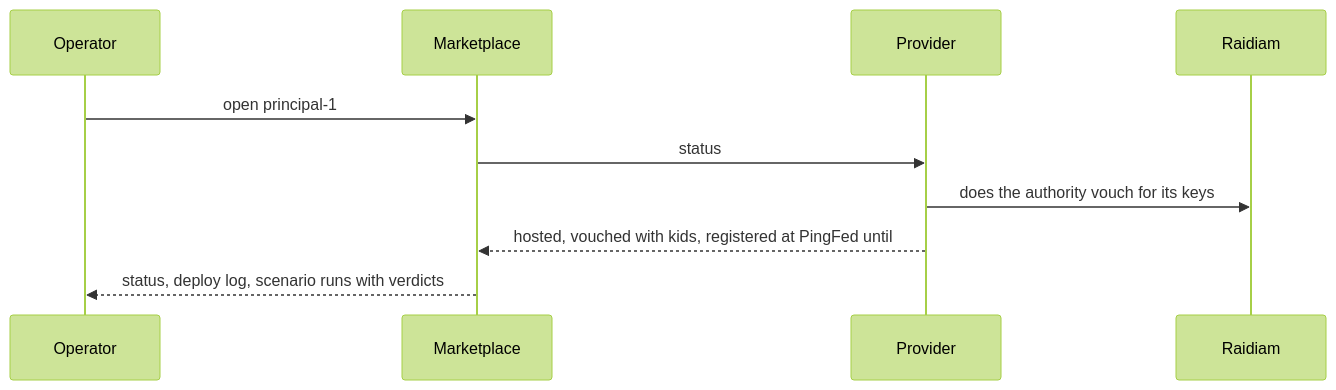
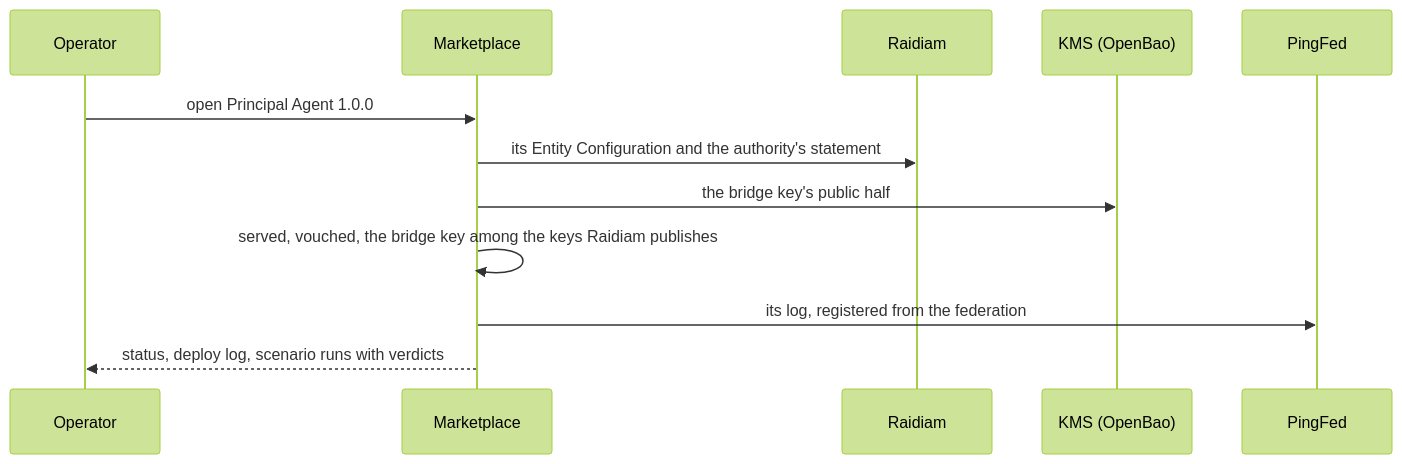
One commit to MC-IDPartners/pf-agentic-identity changed diagram 15 of 21 in demo/flows.md. Above: the diagram before and after it, drawn with Mermaid (forest theme). The commit also changed other lines of this file and 8 other files, not shown here.

First line of the commit message:
docs: the rig without an agent provider

````diff
--- a/demo/flows.md
+++ b/demo/flows.md
@@ -410,12 +422,14 @@
 ```mermaid
 sequenceDiagram
     participant Op as Operator
     participant MP as Marketplace
-    participant PR as Provider
     participant RD as Raidiam
-    Op->>MP: open principal-1
-    MP->>PR: status
-    PR->>RD: does the authority vouch for its keys
-    PR-->>MP: hosted, vouched with kids, registered at PingFed until
+    participant KMS as KMS (OpenBao)
+    participant PF as PingFed
+    Op->>MP: open Principal Agent 1.0.0
+    MP->>RD: its Entity Configuration and the authority's statement
+    MP->>KMS: the bridge key's public half
+    MP->>MP: served, vouched, the bridge key among the keys Raidiam publishes
+    MP->>PF: its log, registered from the federation
     MP-->>Op: status, deploy log, scenario runs with verdicts
 ```
````
